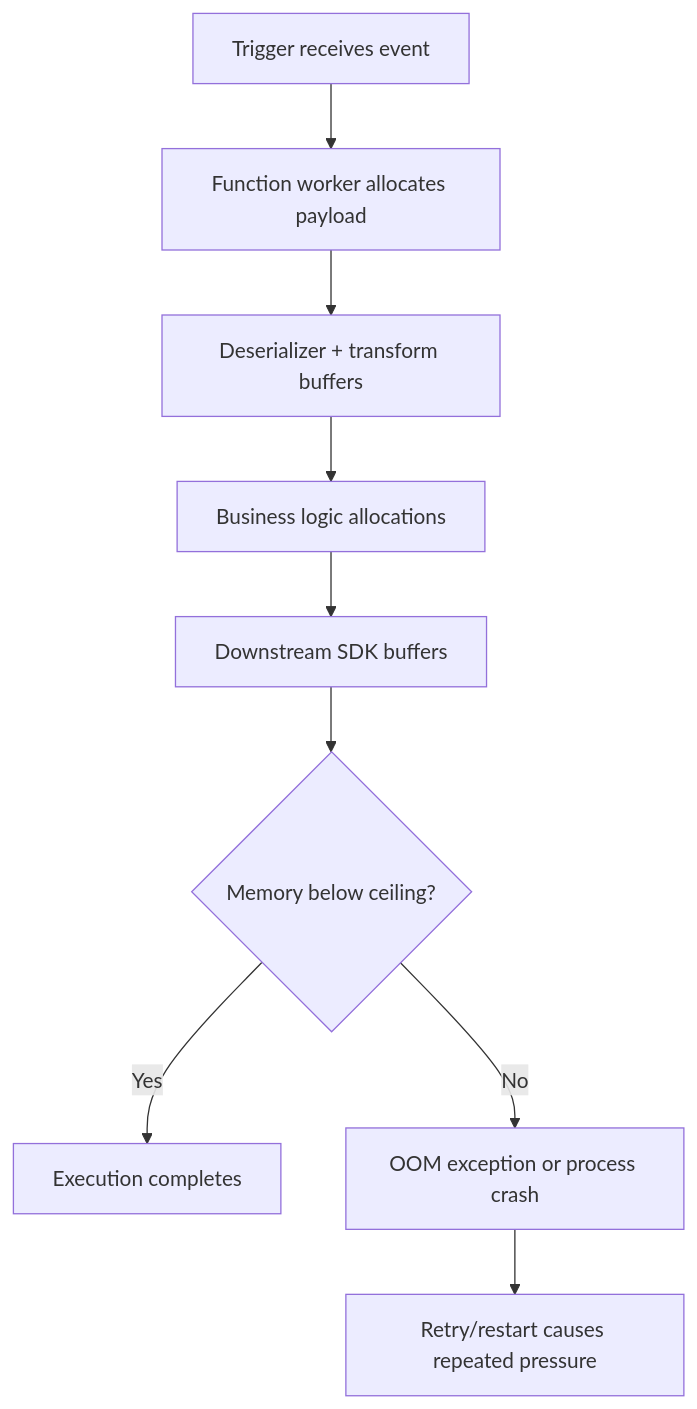
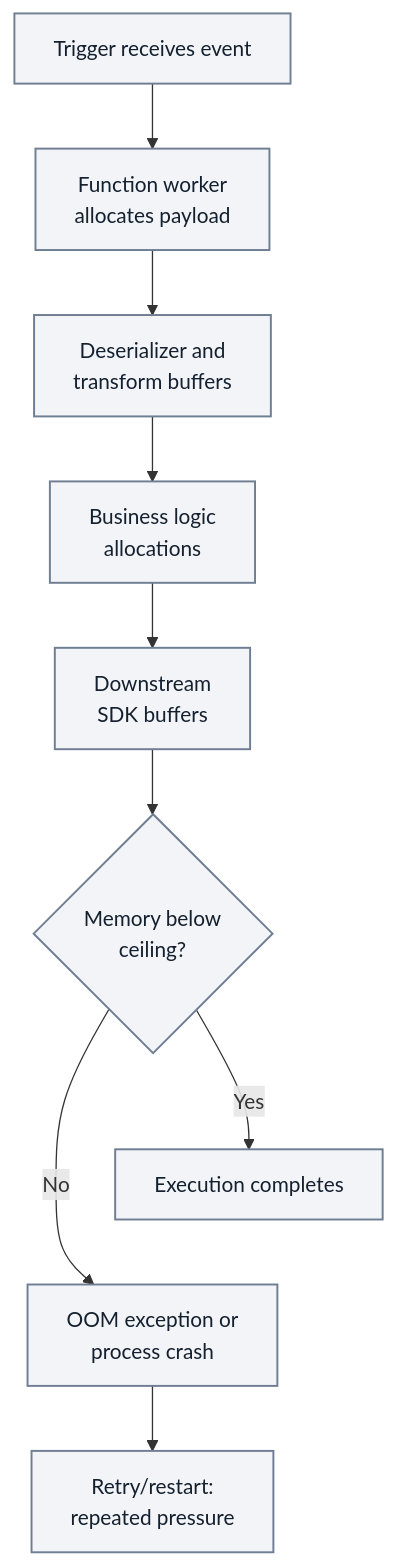
The second of 4 diagrams in docs/troubleshooting/playbooks/scaling/out-of-memory-worker-crash.md (yeongseon/azure-functions-practical-guide), drawn with Mermaid before and after one commit. The commit also changed other lines of this file and 2 other files, not shown here.

First line of the commit message:
docs(diagrams): migrate Functions playbooks scaling — durable orchestration stuck and out of memory worker crash (#449)

````diff
--- a/docs/troubleshooting/playbooks/scaling/out-of-memory-worker-crash.md
+++ b/docs/troubleshooting/playbooks/scaling/out-of-memory-worker-crash.md
@@ -120,11 +134,17 @@
 ```mermaid
 flowchart TD
-    A[Trigger receives event] --> B[Function worker allocates payload]
-    B --> C[Deserializer + transform buffers]
-    C --> D[Business logic allocations]
-    D --> E[Downstream SDK buffers]
-    E --> F{Memory below ceiling?}
+    accTitle: Allocation stages and memory ceiling check
+    accDescr: Illustrative allocation path retains trigger receipt, payload, deserializer and transform buffers, business allocations, downstream SDK buffers and both completion and OOM outcomes followed by possible retry pressure.
+    A[Trigger receives event] --> B["Function worker<br/>allocates payload"]
+    B --> C["Deserializer and<br/>transform buffers"]
+    C --> D["Business logic<br/>allocations"]
+    D --> E["Downstream<br/>SDK buffers"]
+    E --> F{"Memory below<br/>ceiling?"}
     F -->|Yes| G[Execution completes]
-    F -->|No| H[OOM exception or process crash]
-    H --> I["Retry/restart causes repeated pressure"]
+    F -->|No| H["OOM exception or<br/>process crash"]
+    H --> I["Retry/restart:<br/>repeated pressure"]
+    %% Layout-only link tiers outcomes; it adds no diagnostic steps or arrows.
+    G ~~~ H
+    classDef neutral fill:#f2f4f8,stroke:#707e93,stroke-width:1.5px,color:#14202e;
+    class A,B,C,D,E,F,G,H,I neutral;
 ```
````
